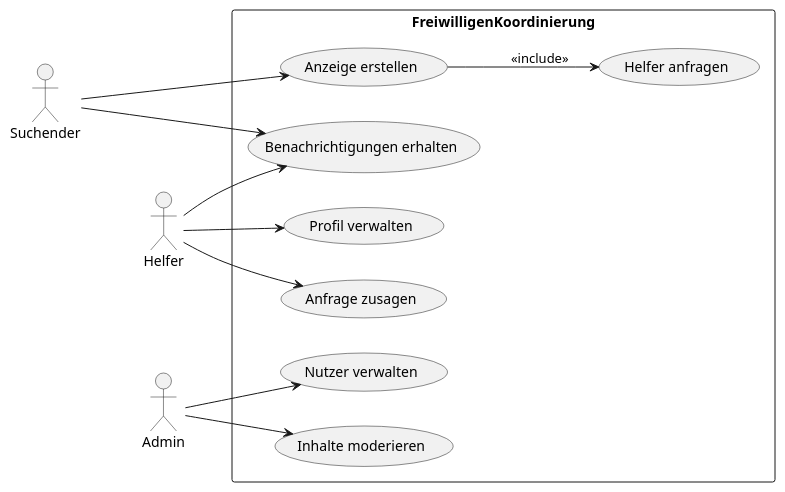
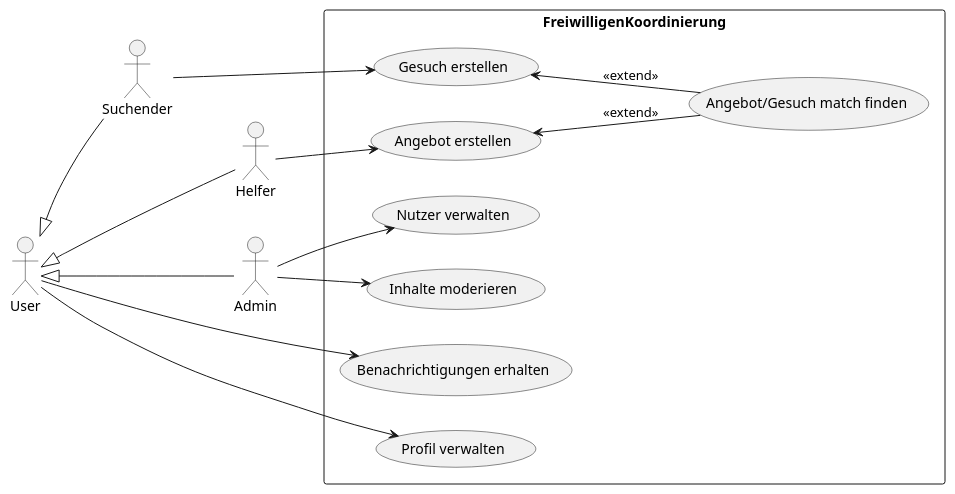
One commit to pxrzivaldev/TeamProjektUML changed the diagram in usecase1.puml. Above: the diagram before and after it, drawn with PlantUML.

Commit message:
usecase puml

```diff
--- a/usecase1.puml
+++ b/usecase1.puml
@@ -1,24 +1,29 @@
 @startuml
 
 :Suchender:
 :Helfer:
 :Admin:
+:User:
+
+User <|-- Suchender
+User <|-- Helfer
+User <|-- Admin
 
 left to right direction
 
 rectangle FreiwilligenKoordinierung {
 
-    Suchender ---> (Anzeige erstellen)
-    Suchender ---> (Benachrichtigungen erhalten)
-    Helfer --> (Benachrichtigungen erhalten)
-    Helfer --> (Profil verwalten)
-    Helfer --> (Anfrage zusagen)
+    User --> (Benachrichtigungen erhalten)
+    User --> (Profil verwalten)
+    Suchender ---> (Gesuch erstellen)
+    Helfer --> (Angebot erstellen)
 
-    (Anzeige erstellen) --> (Helfer anfragen):<<include>>
+    (Gesuch erstellen) <-- (Angebot/Gesuch match finden):<<extend>>
+    (Angebot erstellen) <-- (Angebot/Gesuch match finden):<<extend>>
 
     Admin --> (Nutzer verwalten)
     Admin --> (Inhalte moderieren)
 
 }
 
 @enduml
```
